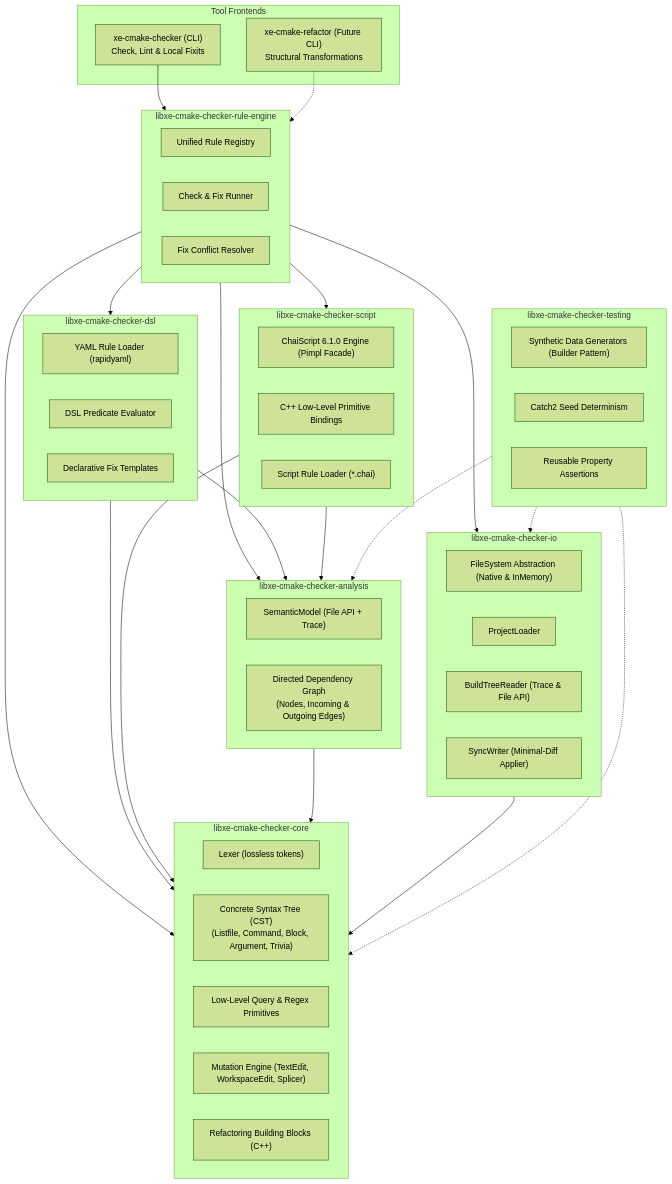
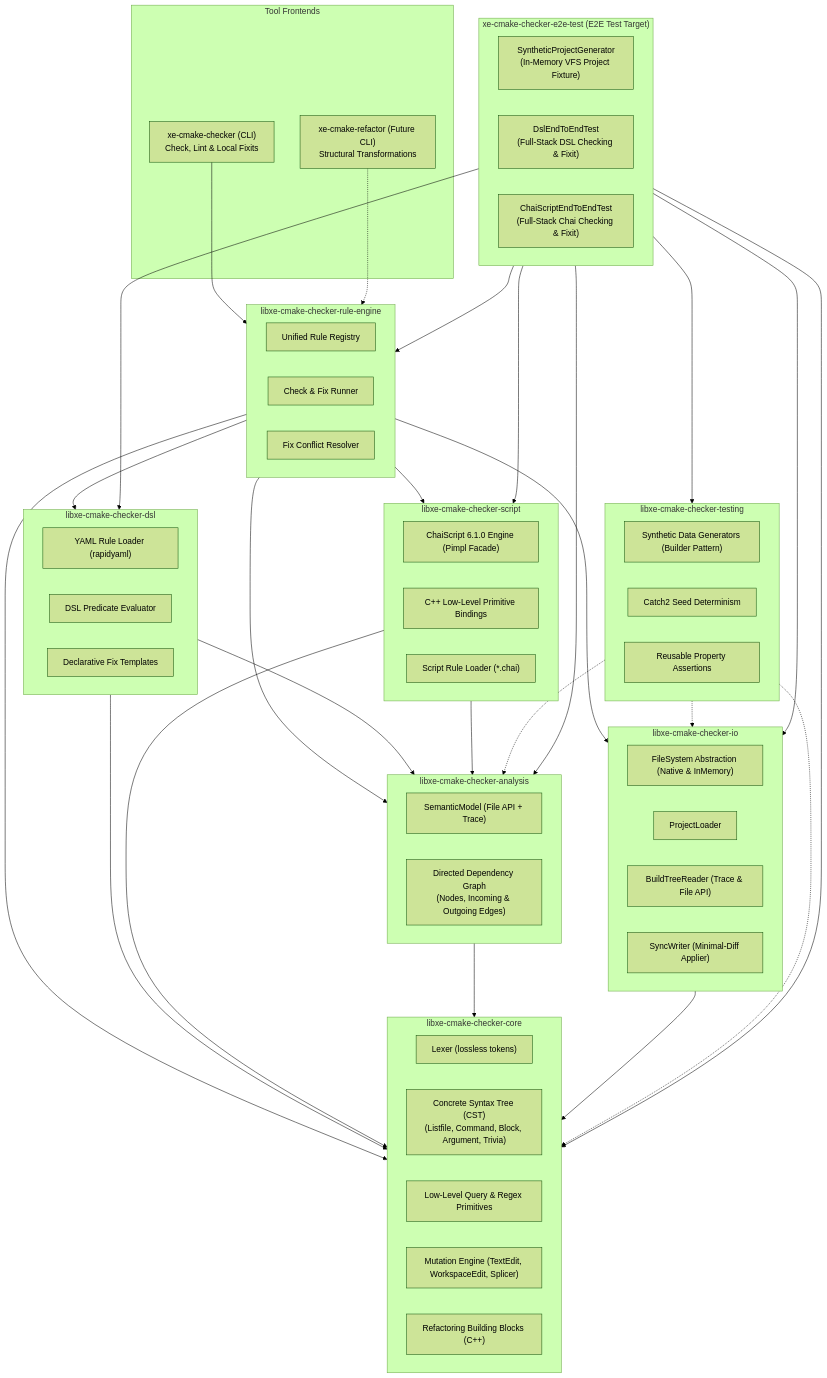
The first of 5 diagrams in docs/plans/CMAKE_STYLE_CHECKER_V2.2.md (XenoideSoftware/Xenoide), drawn with Mermaid (forest theme) before and after one commit. The commit also changed other lines of this file and 1 other file, not shown here.

````diff
--- a/docs/plans/CMAKE_STYLE_CHECKER_V2.2.md
+++ b/docs/plans/CMAKE_STYLE_CHECKER_V2.2.md
@@ -90,6 +164,12 @@
         ASSERT["Reusable Property Assertions"]
     end
 
+    subgraph e2e_suite ["xe-cmake-checker-e2e-test (E2E Test Target)"]
+        E2E_GEN["SyntheticProjectGenerator<br/>(In-Memory VFS Project Fixture)"]
+        E2E_DSL["DslEndToEndTest<br/>(Full-Stack DSL Checking & Fixit)"]
+        E2E_CHAI["ChaiScriptEndToEndTest<br/>(Full-Stack Chai Checking & Fixit)"]
+    end
+
     CK_CLI --> orchestration
     RF_CLI -.-> orchestration
     orchestration --> dsl_lib
@@ -107,4 +187,12 @@
     testing -.-> core
     testing -.-> analysis
     testing -.-> io
+
+    e2e_suite --> orchestration
+    e2e_suite --> dsl_lib
+    e2e_suite --> script_lib
+    e2e_suite --> analysis
+    e2e_suite --> core
+    e2e_suite --> io
+    e2e_suite --> testing
 ```
````
